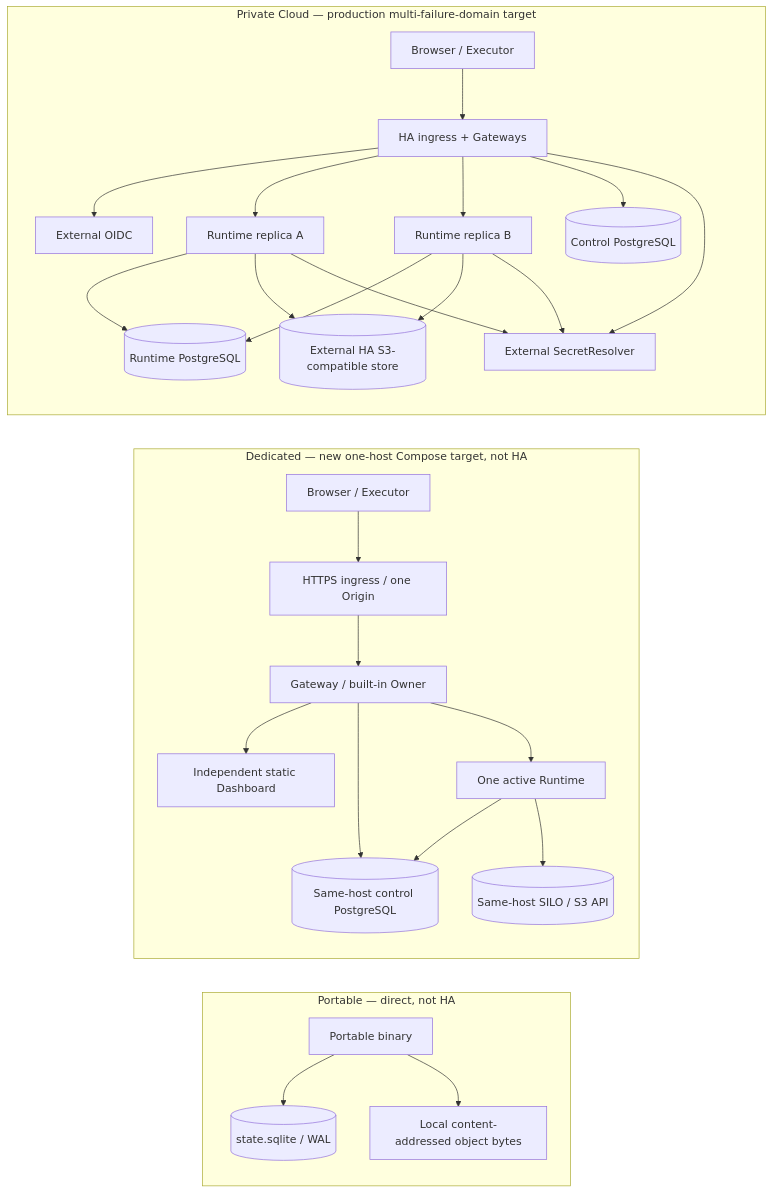
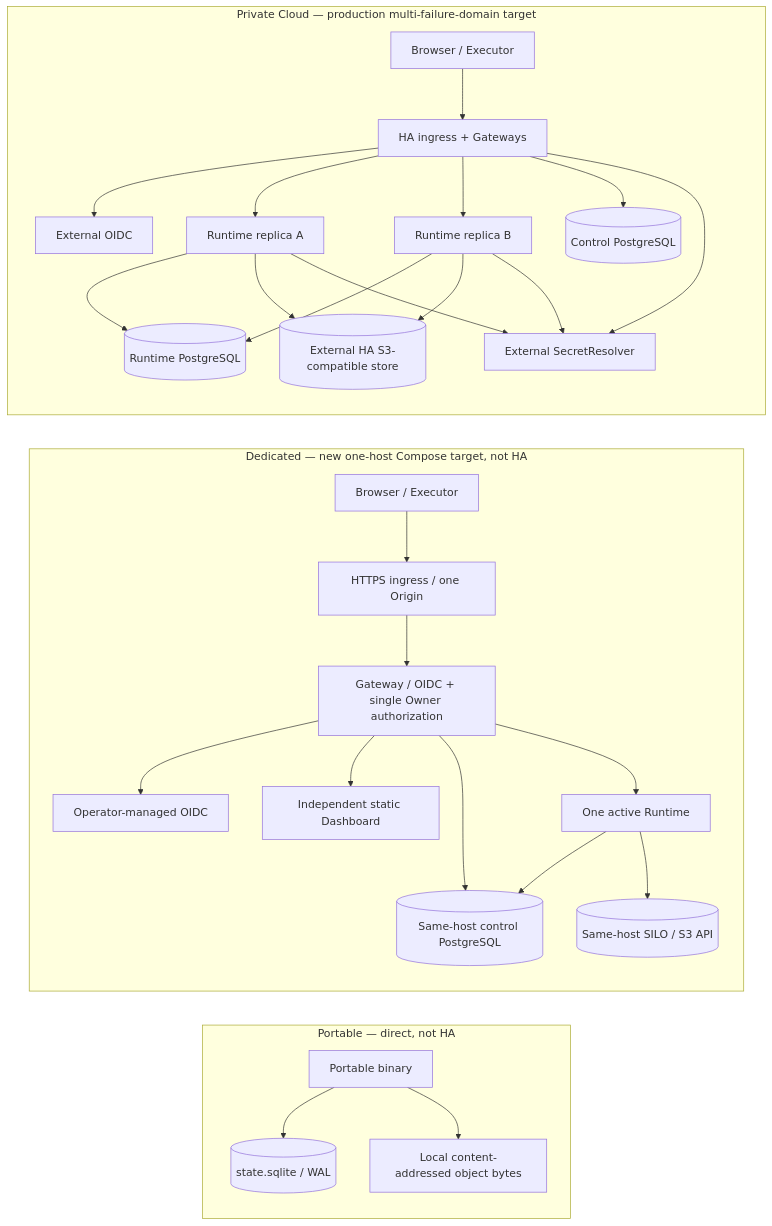
Before and after one commit to kala-project/kala: the diagram in docs/architecture/deployment-mode-contract.md, drawn with Mermaid. The commit also changed other lines of this file and 35 other files, not shown here.

````diff
--- a/docs/architecture/deployment-mode-contract.md
+++ b/docs/architecture/deployment-mode-contract.md
@@ -77,30 +77,31 @@
 ```mermaid
 flowchart LR
   subgraph Portable[Portable — direct, not HA]
     P[Portable binary] --> Q[(state.sqlite / WAL)]
     P --> O[Local content-addressed object bytes]
   end
   subgraph Dedicated[Dedicated — new one-host Compose target, not HA]
     B[Browser / Executor] --> I[HTTPS ingress / one Origin]
-    I --> G[Gateway / built-in Owner]
+    I --> G[Gateway / OIDC + single Owner authorization]
+    G --> DIDP[Operator-managed OIDC]
     G --> DD[Independent static Dashboard]
     G --> R[One active Runtime]
     G --> DPG[(Same-host control PostgreSQL)]
     R --> DPG
     R --> DS[(Same-host SILO / S3 API)]
   end
   subgraph PrivateCloud[Private Cloud — production multi-failure-domain target]
     CB[Browser / Executor] --> CE[HA ingress + Gateways]
     CE --> IDP[External OIDC]
     CE --> R1[Runtime replica A]
     CE --> R2[Runtime replica B]
     CE --> CPG[(Control PostgreSQL)]
     R1 --> RPG[(Runtime PostgreSQL)]
     R2 --> RPG
     R1 --> S3[(External HA S3-compatible store)]
     R2 --> S3
     CE --> SEC[External SecretResolver]
     R1 --> SEC
     R2 --> SEC
   end
 ```
````
